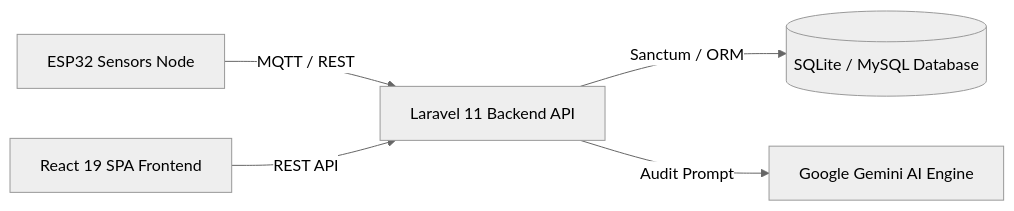
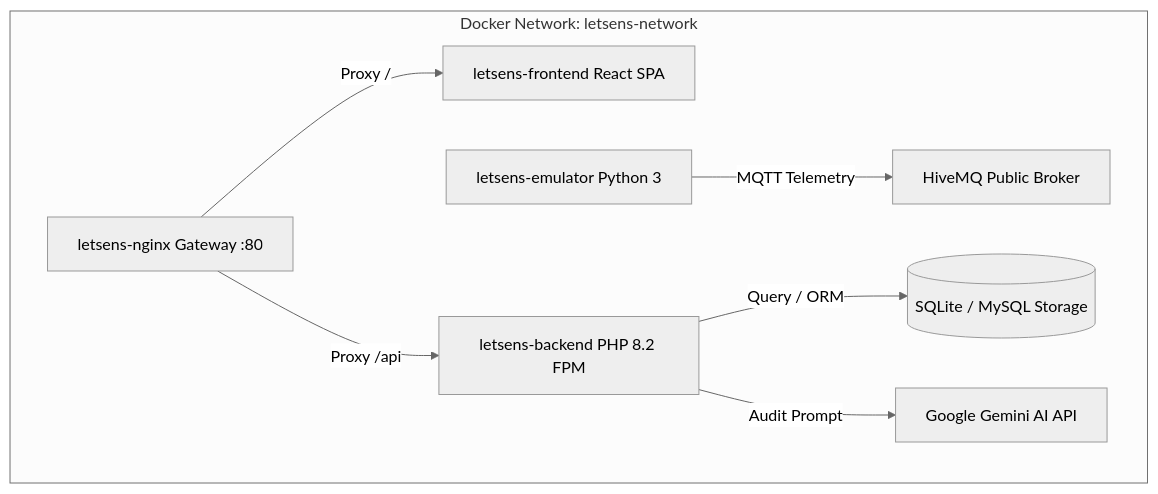
Before and after one commit to makerindo-repository/letsens: the diagram in README.md, drawn with Mermaid (neutral theme). The commit also changed other lines of this file and 7 other files, not shown here.

Commit message:
feat: add complete Dockerization setup (docker-compose, Dockerfiles, Nginx gateway) & update README

````diff
--- a/README.md
+++ b/README.md
@@ -33,7 +67,10 @@
 ```mermaid
-graph LR
-    A[ESP32 Sensors Node] -->|MQTT / REST| B[Laravel 11 Backend API]
-    B -->|Sanctum / ORM| C[(SQLite / MySQL Database)]
-    B -->|Audit Prompt| D[Google Gemini AI Engine]
-    E[React 19 SPA Frontend] -->|REST API| B
+graph TD
+    subgraph Docker Network: letsens-network
+        Nginx[letsens-nginx Gateway :80] -->|Proxy /| Frontend[letsens-frontend React SPA]
+        Nginx -->|Proxy /api| Backend[letsens-backend PHP 8.2 FPM]
+        Emulator[letsens-emulator Python 3] -->|MQTT Telemetry| HiveMQ[HiveMQ Public Broker]
+        Backend -->|Query / ORM| DB[(SQLite / MySQL Storage)]
+        Backend -->|Audit Prompt| Gemini[Google Gemini AI API]
+    end
 ```
````
